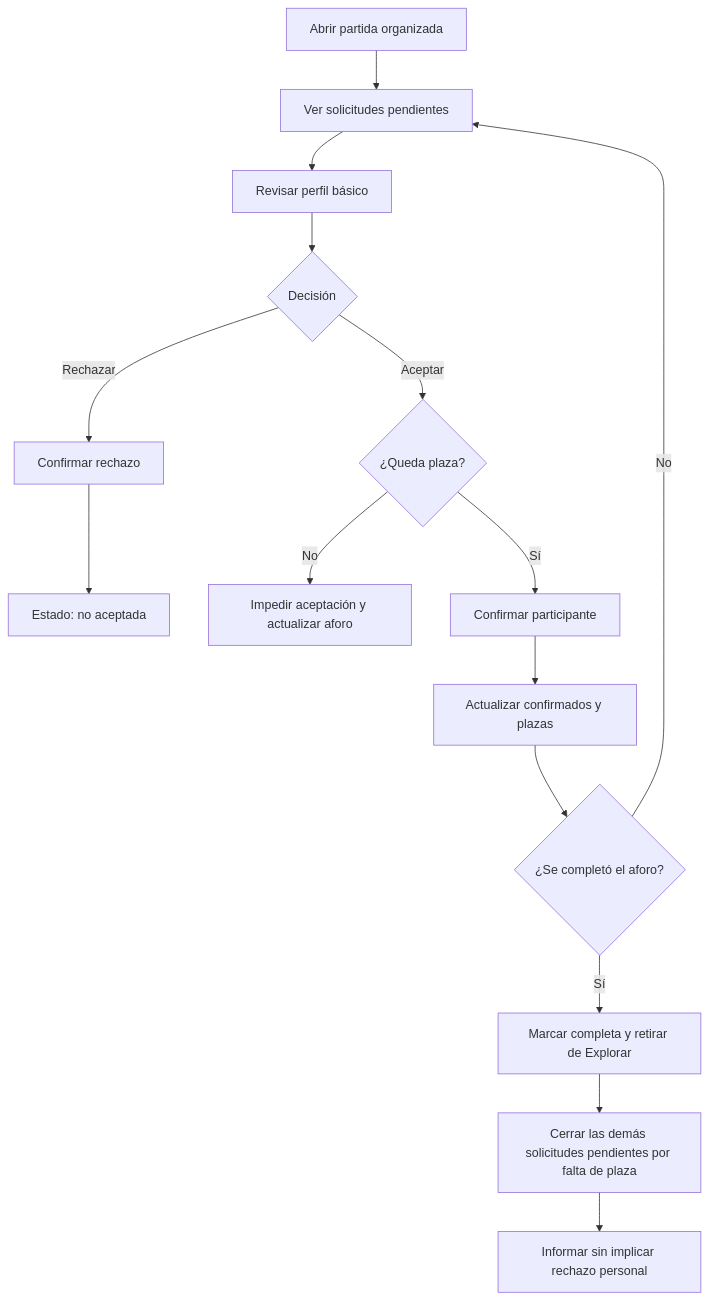
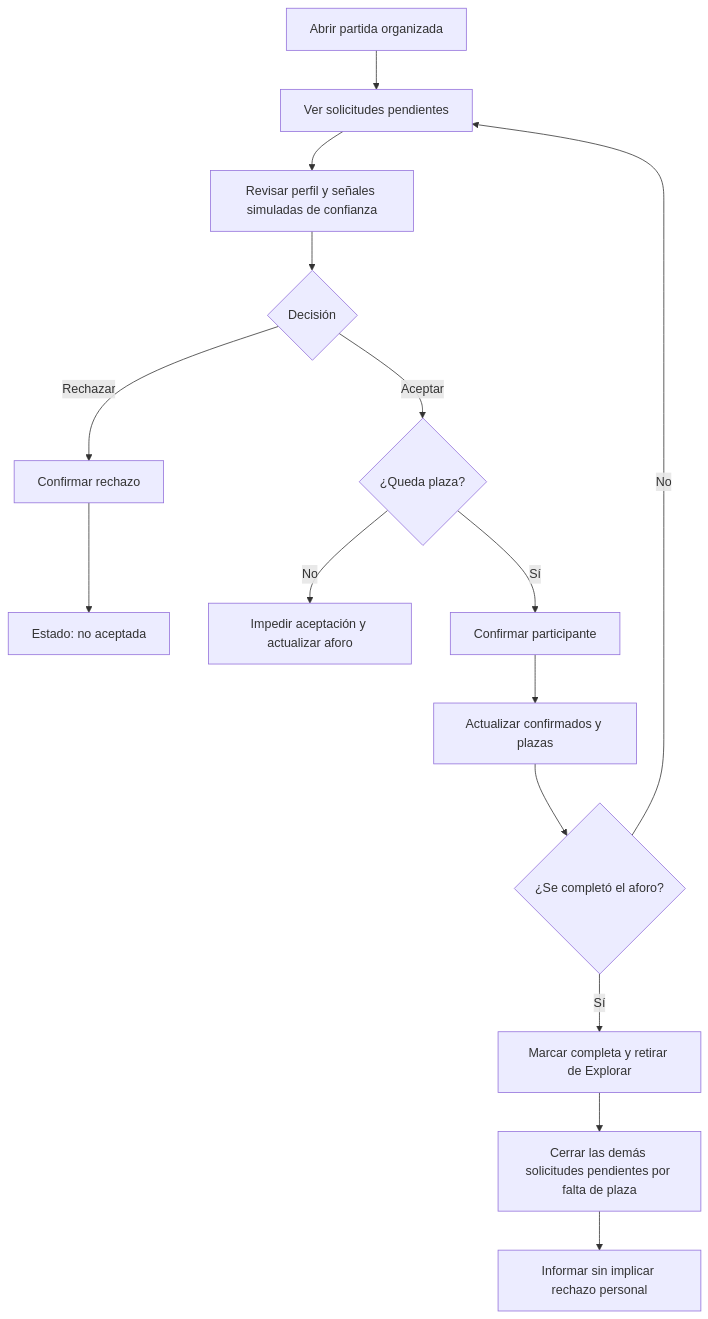
One commit to ChristianSalto/app-boardgames changed the fourth of 7 diagrams in docs/USER_FLOWS.md. Above: the diagram before and after it, drawn with Mermaid. The commit also changed other lines of this file and 38 other files, not shown here.

Commit message:
docs: complete phase 4 architecture baseline

````diff
--- a/docs/USER_FLOWS.md
+++ b/docs/USER_FLOWS.md
@@ -106,17 +108,17 @@
 ```mermaid
 flowchart TD
     A[Abrir partida organizada] --> B[Ver solicitudes pendientes]
-    B --> C[Revisar perfil básico]
+    B --> C[Revisar perfil y señales simuladas de confianza]
     C --> D{Decisión}
     D -- Rechazar --> E[Confirmar rechazo]
     E --> F[Estado: no aceptada]
     D -- Aceptar --> G{¿Queda plaza?}
     G -- No --> H[Impedir aceptación y actualizar aforo]
     G -- Sí --> I[Confirmar participante]
     I --> J[Actualizar confirmados y plazas]
     J --> K{¿Se completó el aforo?}
     K -- Sí --> L[Marcar completa y retirar de Explorar]
     L --> M[Cerrar las demás solicitudes pendientes por falta de plaza]
     M --> N[Informar sin implicar rechazo personal]
     K -- No --> B
 ```
````
